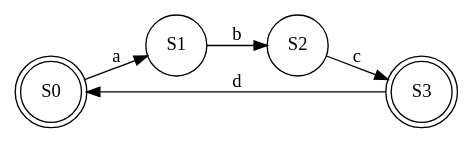
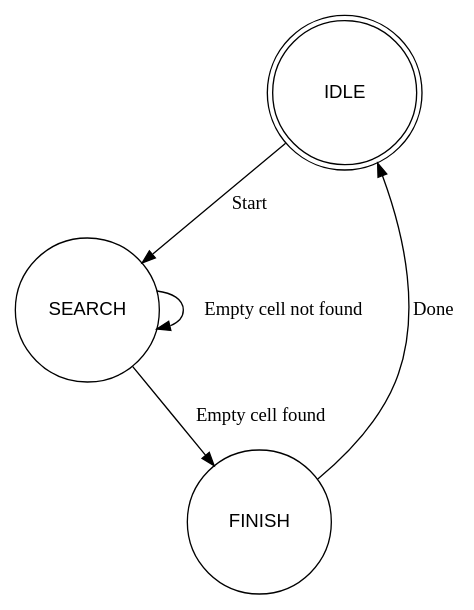
The second of 2 diagrams in laboratorio_4/game2048/README.md (Heineken97/jjimenez_taller_diseno_digital_2023), drawn with Graphviz before and after one commit. The commit also changed other lines of this file and 17 other files, not shown here.

````diff
--- a/laboratorio_4/game2048/README.md
+++ b/laboratorio_4/game2048/README.md
@@ -5,12 +48,13 @@
 ```graphviz
-digraph estados {
-    rankdir=LR;
-    node [shape=doublecircle]; S0 S3;
-    node [shape=circle];
+digraph finite_state_machine {
+    size="20,20";
+    node [shape = doublecircle, fontname=Helvetica, fixedsize=true, width=1.5]; "IDLE";
+    node [shape = circle, fontname=Helvetica, fixedsize=true, width=1.5];
 
-    S0 -> S1 [label="a"];
-    S1 -> S2 [label="b"];
-    S2 -> S3 [label="c"];
-    S3 -> S0 [label="d"];
+    "IDLE" -> "SEARCH" [ label = "Start" ];
+    "SEARCH" -> "FINISH" [ label = "Empty cell found" ];
+    "SEARCH" -> "SEARCH" [ label = "Empty cell not found" ];
+    "FINISH" -> "IDLE" [ label = "Done" ];
 }
+
 ```
````
